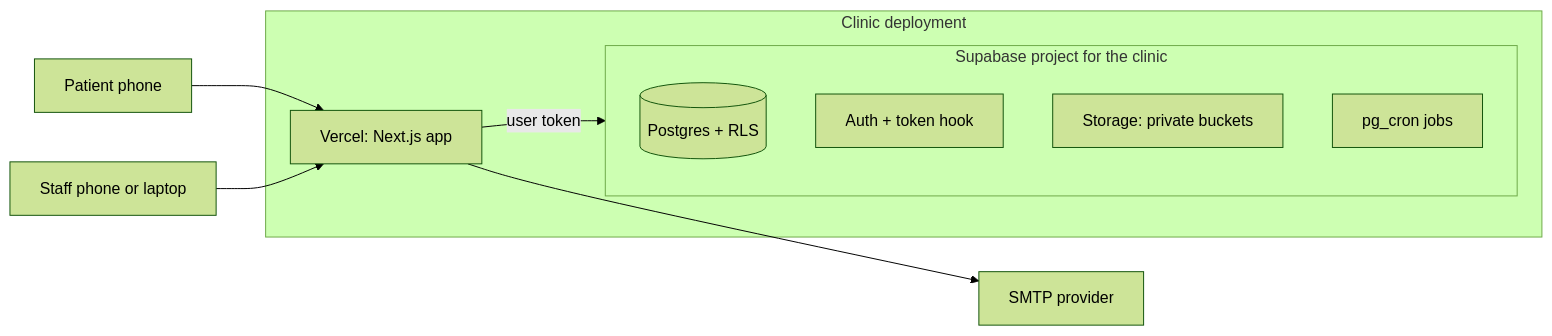
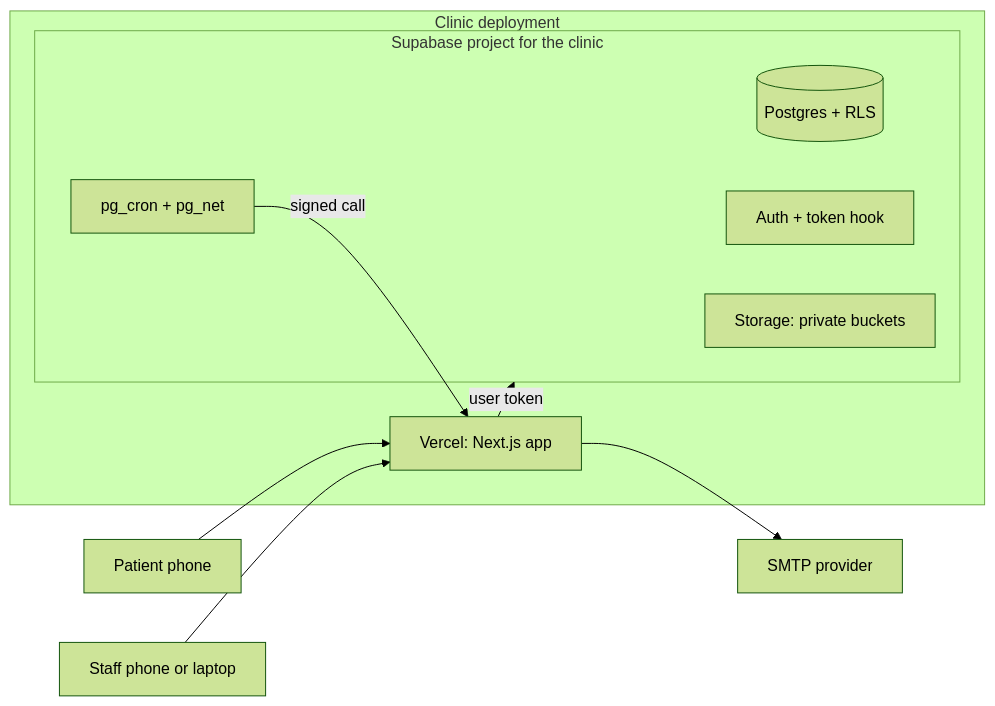
Before and after one commit to mrravimalhotra/AyurSaathi: the second of 4 diagrams in _bmad-output/planning-artifacts/architecture/architecture-AyurSaathi-2026-10-24/ARCHITECTURE-SPINE.md, drawn with Mermaid (forest theme). The commit also changed other lines of this file and 2 other files, not shown here.

First line of the commit message:
Finalize architecture spine (20 ADs) after four-reviewer gate; update privacy explainer

````diff
--- a/_bmad-output/planning-artifacts/architecture/architecture-AyurSaathi-2026-10-24/ARCHITECTURE-SPINE.md
+++ b/_bmad-output/planning-artifacts/architecture/architecture-AyurSaathi-2026-10-24/ARCHITECTURE-SPINE.md
@@ -173,15 +243,16 @@
 ```mermaid
 flowchart LR
   P[Patient phone] --> V
   S[Staff phone or laptop] --> V
   subgraph Clinic deployment
     V[Vercel: Next.js app] -->|user token| SB
     subgraph SB[Supabase project for the clinic]
       PG[(Postgres + RLS)]
       AU[Auth + token hook]
       ST[Storage: private buckets]
-      CR[pg_cron jobs]
+      CR[pg_cron + pg_net]
     end
+    CR -->|signed call| V
   end
   V --> M[SMTP provider]
 ```
````
